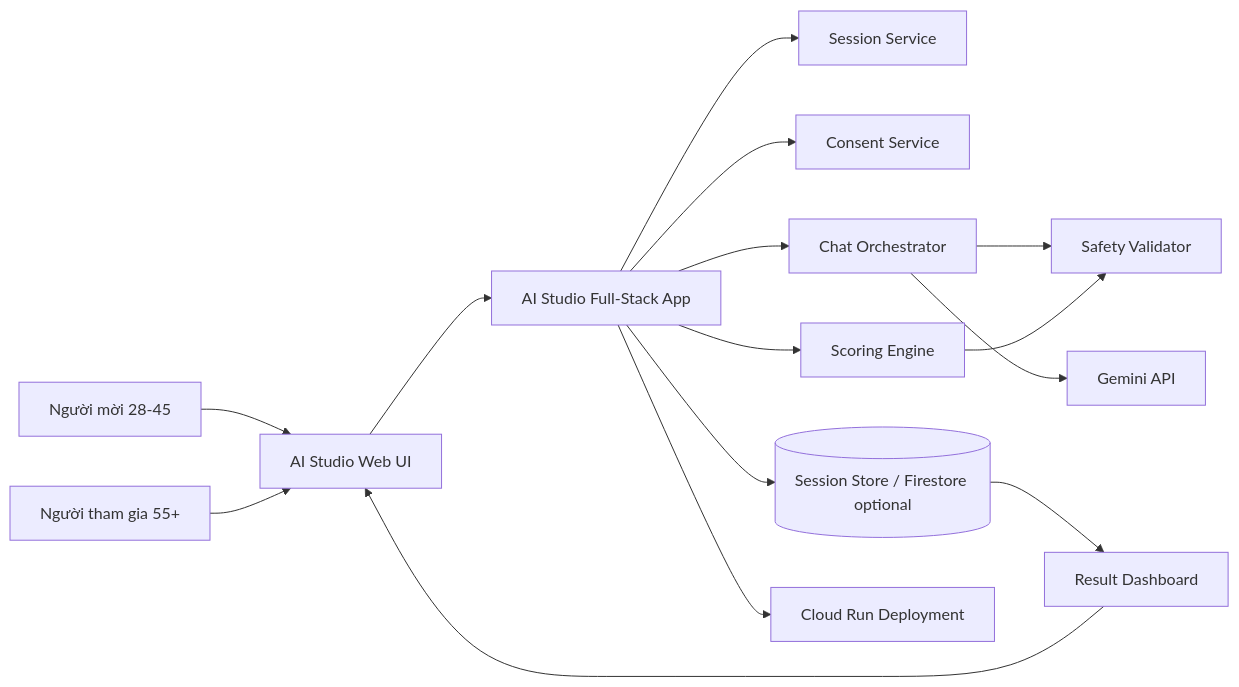
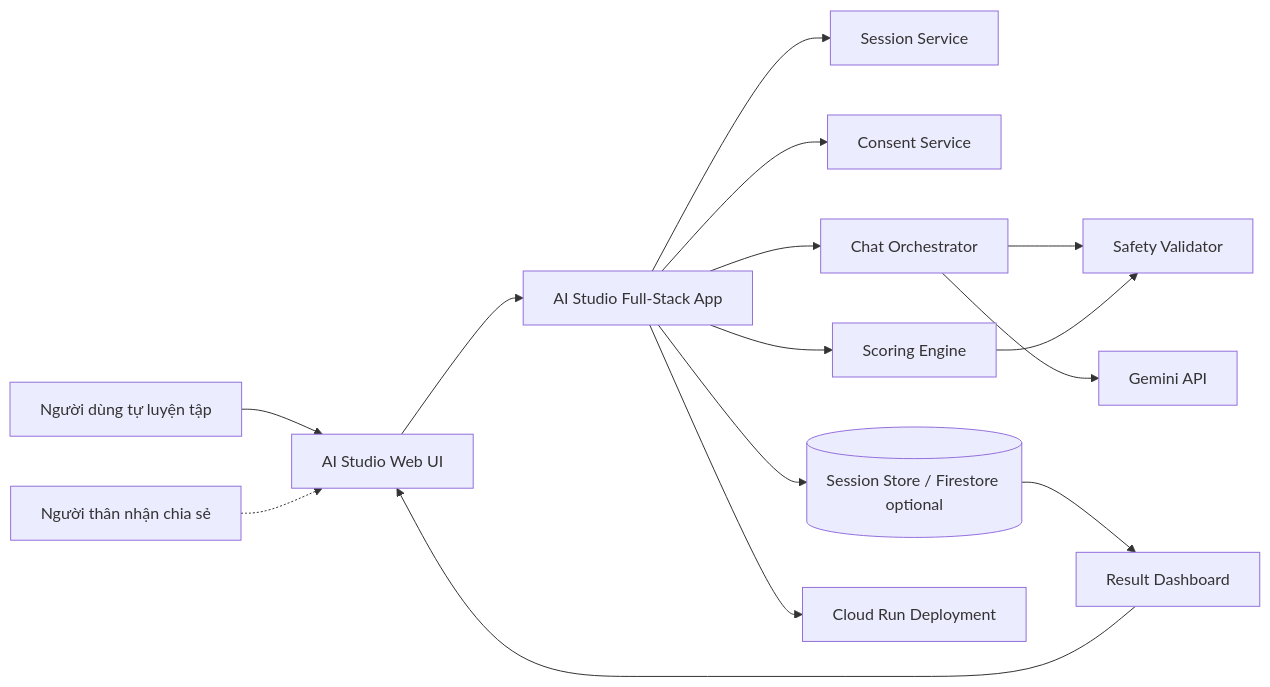
Before and after one commit to quoczai22/AI_RAISER: the first of 4 diagrams in TechnicalDesign.md, drawn with Mermaid. The commit also changed other lines of this file and 5 other files, not shown here.

````diff
--- a/TechnicalDesign.md
+++ b/TechnicalDesign.md
@@ -36,17 +36,17 @@
 ```mermaid
 flowchart LR
-    Inviter["Người mời 28-45"] --> UI["AI Studio Web UI"]
-    Participant["Người tham gia 55+"] --> UI
+    User["Người dùng tự luyện tập"] --> UI["AI Studio Web UI"]
+    Family["Người thân nhận chia sẻ"] -.-> UI
     UI --> App["AI Studio Full-Stack App"]
     App --> SessionSvc["Session Service"]
     App --> ConsentSvc["Consent Service"]
     App --> ChatSvc["Chat Orchestrator"]
     App --> ScoreSvc["Scoring Engine"]
     ChatSvc --> Safety["Safety Validator"]
     ChatSvc --> Gemini["Gemini API"]
     ScoreSvc --> Safety
     App --> Store[("Session Store / Firestore optional")]
     Store --> Dashboard["Result Dashboard"]
     Dashboard --> UI
     App --> CloudRun["Cloud Run Deployment"]
 ```
````
